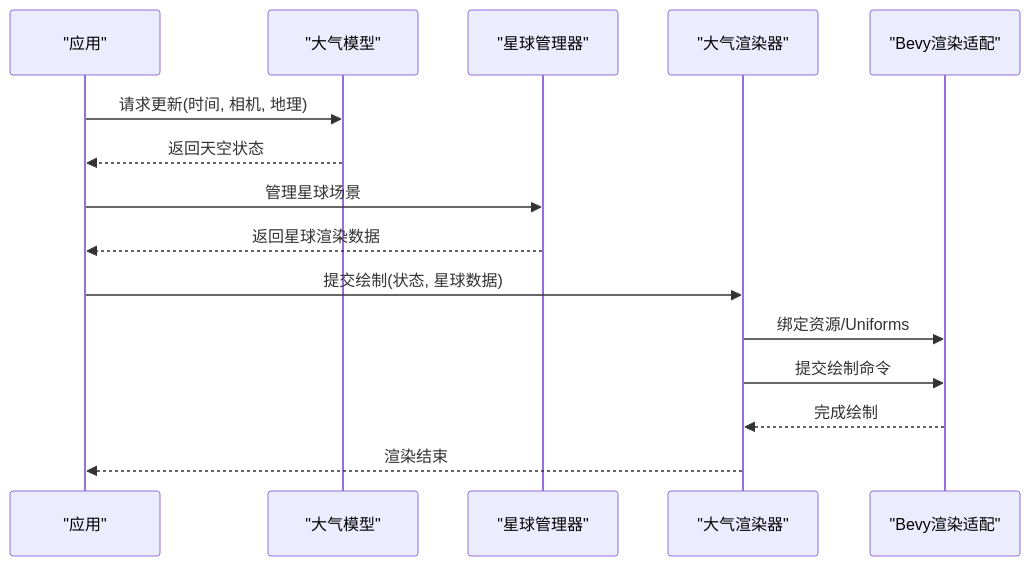
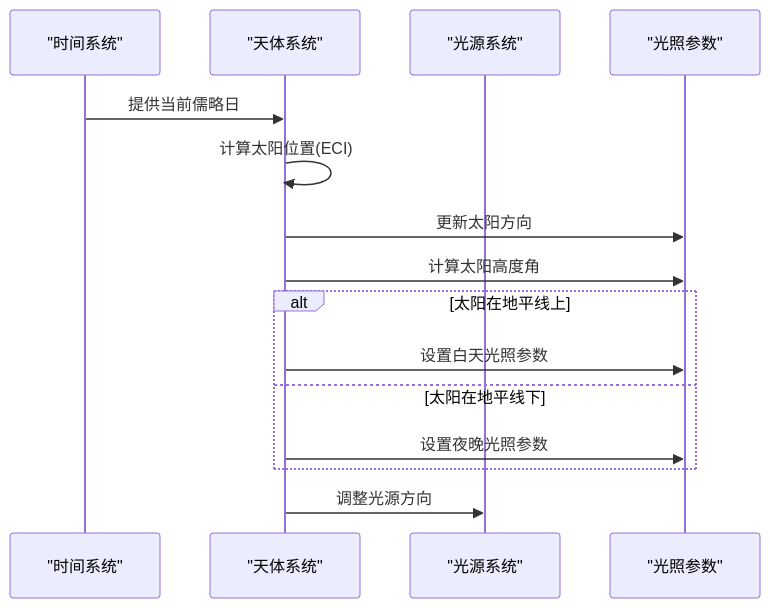
One commit to rzhangjing/cesium changed the fourth of 6 diagrams in .qoder/repowiki/zh/content/项目概述/核心特性/大气系统.md. Above: the diagram before and after it, drawn with Mermaid. The commit also changed other lines of this file and 57 other files, not shown here.

````diff
--- a/.qoder/repowiki/zh/content/项目概述/核心特性/大气系统.md
+++ b/.qoder/repowiki/zh/content/项目概述/核心特性/大气系统.md
@@ -214,17 +190,17 @@
 ```mermaid
 sequenceDiagram
-participant App as "应用"
-participant Model as "大气模型"
-participant StarSphere as "星球管理器"
-participant Renderer as "大气渲染器"
-participant Adapter as "Bevy渲染适配"
-App->>Model : 请求更新(时间, 相机, 地理)
-Model-->>App : 返回天空状态
-App->>StarSphere : 管理星球场景
-StarSphere-->>App : 返回星球渲染数据
-App->>Renderer : 提交绘制(状态, 星球数据)
-Renderer->>Adapter : 绑定资源/Uniforms
-Renderer->>Adapter : 提交绘制命令
-Adapter-->>Renderer : 完成绘制
-Renderer-->>App : 渲染结束
+participant Clock as "时间系统"
+participant Celestial as "天体系统"
+participant Light as "光源系统"
+participant Params as "光照参数"
+Clock->>Celestial : 提供当前儒略日
+Celestial->>Celestial : 计算太阳位置(ECI)
+Celestial->>Params : 更新太阳方向
+Celestial->>Params : 计算太阳高度角
+alt 太阳在地平线上
+Celestial->>Params : 设置白天光照参数
+else 太阳在地平线下
+Celestial->>Params : 设置夜晚光照参数
+end
+Celestial->>Light : 调整光源方向
 ```
````
